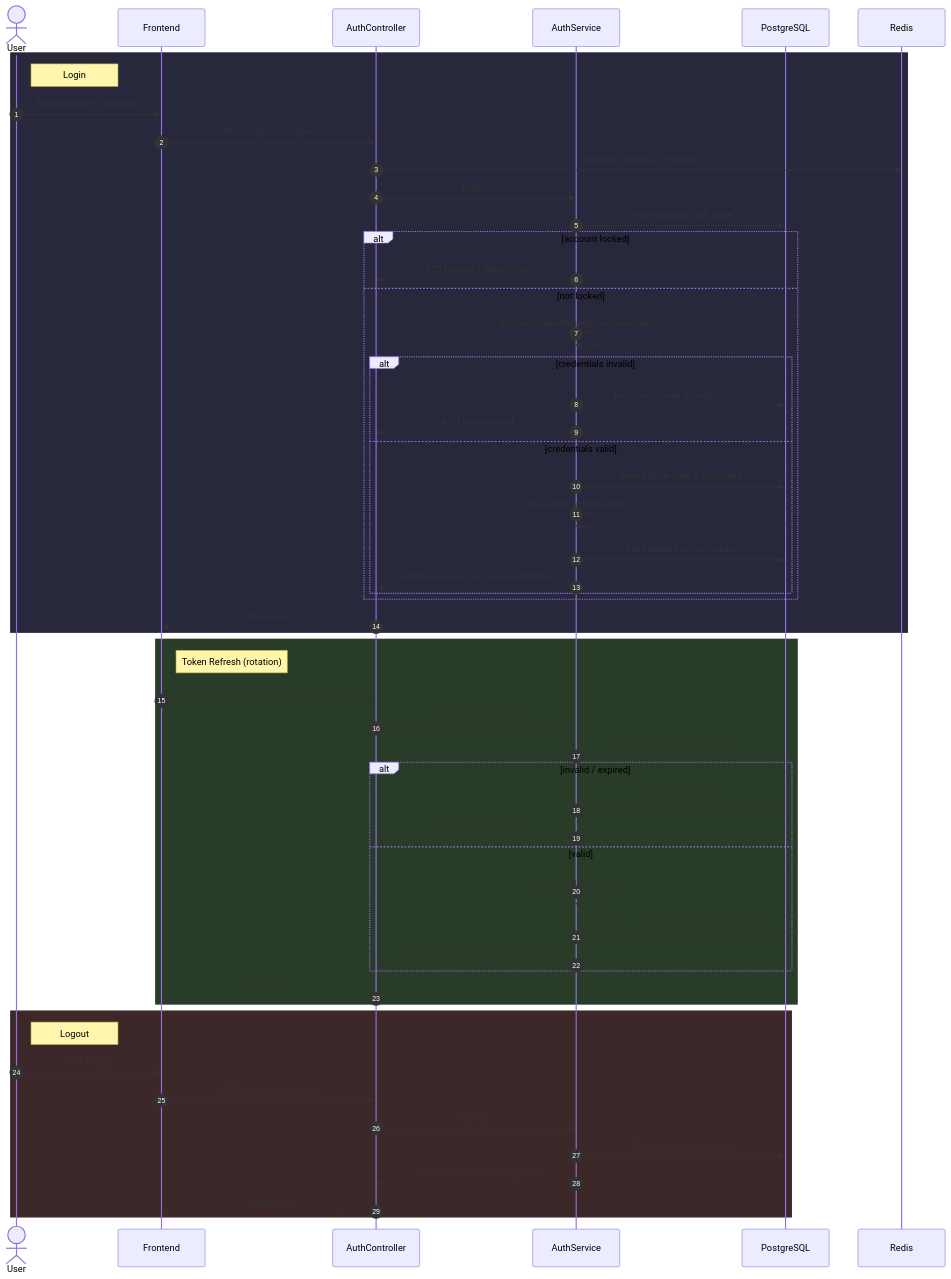
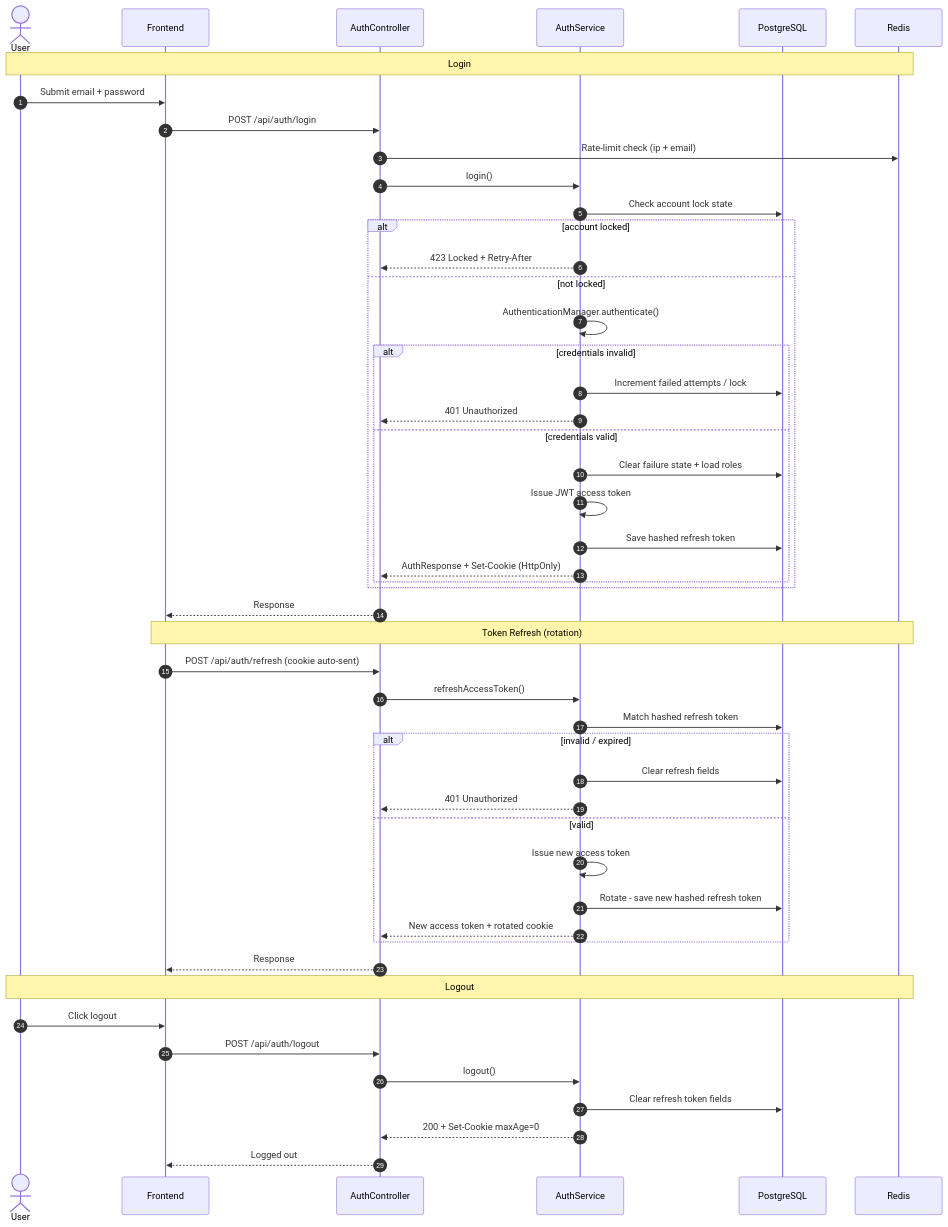
One commit to himanshugupta91/Full-Stack-Authentication-System changed the seventh of 12 diagrams in README.md. Above: the diagram before and after it, drawn with Mermaid. The commit also changed other lines of this file, not shown here.

Commit message:
Fix sequence diagrams: remove rect rgb() blocks unsupported by GitHub mermaid renderer

````diff
--- a/README.md
+++ b/README.md
@@ -338,60 +332,54 @@
 ```mermaid
 sequenceDiagram
     autonumber
     actor User
     participant FE as Frontend
     participant API as AuthController
     participant SVC as AuthService
     participant DB as PostgreSQL
     participant REDIS as Redis
 
-    rect rgb(40, 40, 60)
-    Note right of User: Login
+    Note over User,REDIS: Login
     User->>FE: Submit email + password
     FE->>API: POST /api/auth/login
     API->>REDIS: Rate-limit check (ip + email)
     API->>SVC: login()
     SVC->>DB: Check account lock state
     alt account locked
         SVC-->>API: 423 Locked + Retry-After
     else not locked
         SVC->>SVC: AuthenticationManager.authenticate()
         alt credentials invalid
             SVC->>DB: Increment failed attempts / lock
             SVC-->>API: 401 Unauthorized
         else credentials valid
             SVC->>DB: Clear failure state + load roles
             SVC->>SVC: Issue JWT access token
             SVC->>DB: Save hashed refresh token
             SVC-->>API: AuthResponse + Set-Cookie (HttpOnly)
         end
     end
     API-->>FE: Response
-    end
 
-    rect rgb(40, 60, 40)
-    Note right of FE: Token Refresh (rotation)
+    Note over FE,REDIS: Token Refresh (rotation)
     FE->>API: POST /api/auth/refresh (cookie auto-sent)
     API->>SVC: refreshAccessToken()
     SVC->>DB: Match hashed refresh token
     alt invalid / expired
         SVC->>DB: Clear refresh fields
         SVC-->>API: 401 Unauthorized
     else valid
         SVC->>SVC: Issue new access token
-        SVC->>DB: Rotate → save new hashed refresh token
+        SVC->>DB: Rotate - save new hashed refresh token
         SVC-->>API: New access token + rotated cookie
     end
     API-->>FE: Response
-    end
 
-    rect rgb(60, 40, 40)
-    Note right of User: Logout
+    Note over User,REDIS: Logout
     User->>FE: Click logout
     FE->>API: POST /api/auth/logout
     API->>SVC: logout()
     SVC->>DB: Clear refresh token fields
-    SVC-->>API: 200 + Set-Cookie(maxAge=0)
+    SVC-->>API: 200 + Set-Cookie maxAge=0
     API-->>FE: Logged out
-    end
 ```
````
